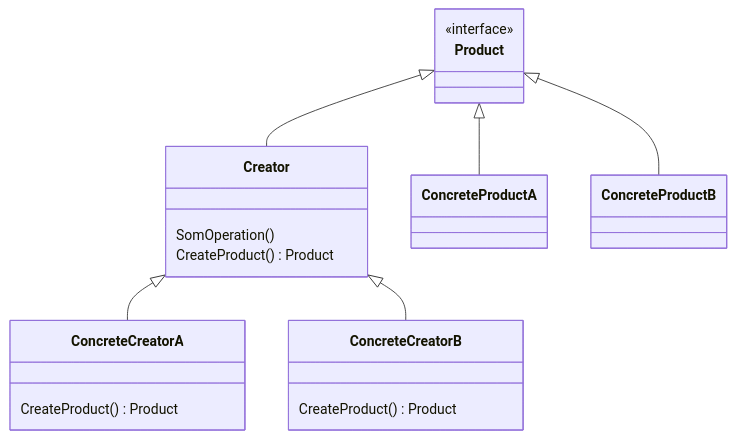
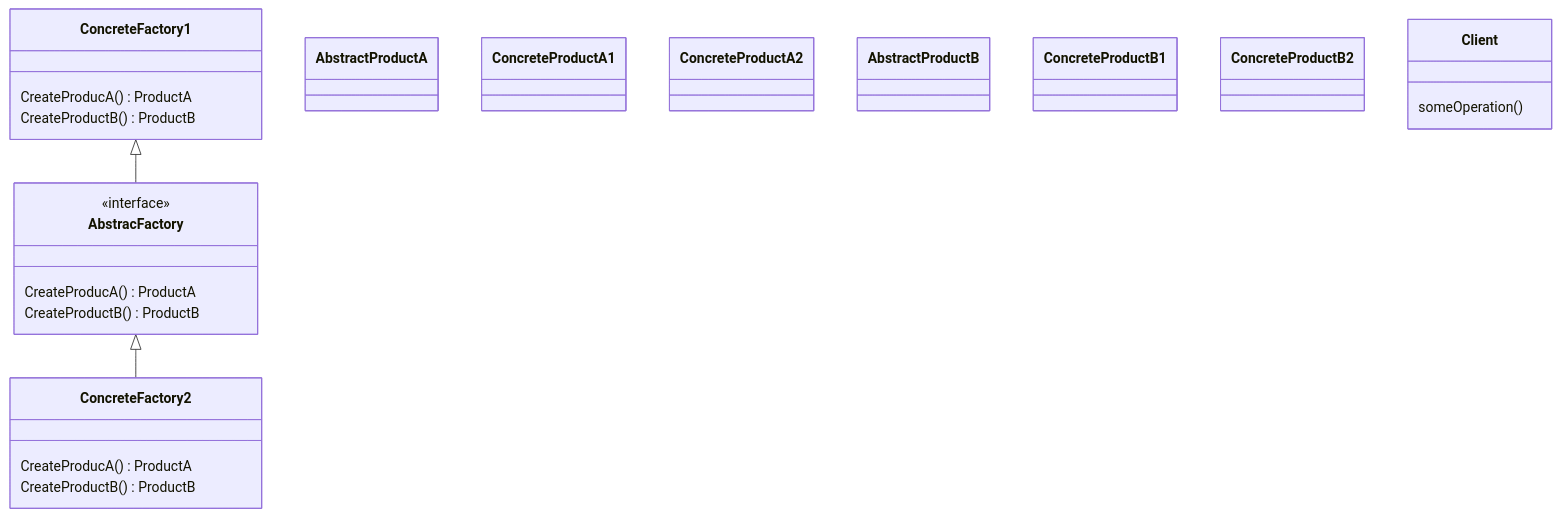
The diagram in CreationalPatterns/AbstractFactory/README.md (tungphan94/DesignPattern), drawn with Mermaid before and after one commit. The commit also changed other lines of this file, not shown here.

````diff
--- a/CreationalPatterns/AbstractFactory/README.md
+++ b/CreationalPatterns/AbstractFactory/README.md
@@ -5,16 +5,29 @@
 ```mermaid
 classDiagram
-class Creator
-Creator: SomOperation()
-Creator: CreateProduct() Product
-class Product
-class Creator
-<<interface>> Product
-Product  <|-- Creator
-Creator  <|-- ConcreteCreatorA
-Creator  <|-- ConcreteCreatorB
-Product  <|-- ConcreteProductA
-Product  <|-- ConcreteProductB
-ConcreteCreatorA : CreateProduct() Product
-ConcreteCreatorB : CreateProduct() Product
+class ConcreteFactory1
+ConcreteFactory1: CreateProducA() ProductA
+ConcreteFactory1: CreateProductB() ProductB
+
+class AbstracFactory
+<<interface>> AbstracFactory
+AbstracFactory: CreateProducA() ProductA
+AbstracFactory: CreateProductB() ProductB
+
+class ConcreteFactory2
+ConcreteFactory2: CreateProducA() ProductA
+ConcreteFactory2: CreateProductB() ProductB
+
+class AbstractProductA
+class ConcreteProductA1
+class ConcreteProductA2
+
+class AbstractProductB
+class ConcreteProductB1
+class ConcreteProductB2
+
+class Client
+Client: someOperation()
+
+ConcreteFactory1  <|-- AbstracFactory
+AbstracFactory  <|-- ConcreteFactory2
 ```
````
